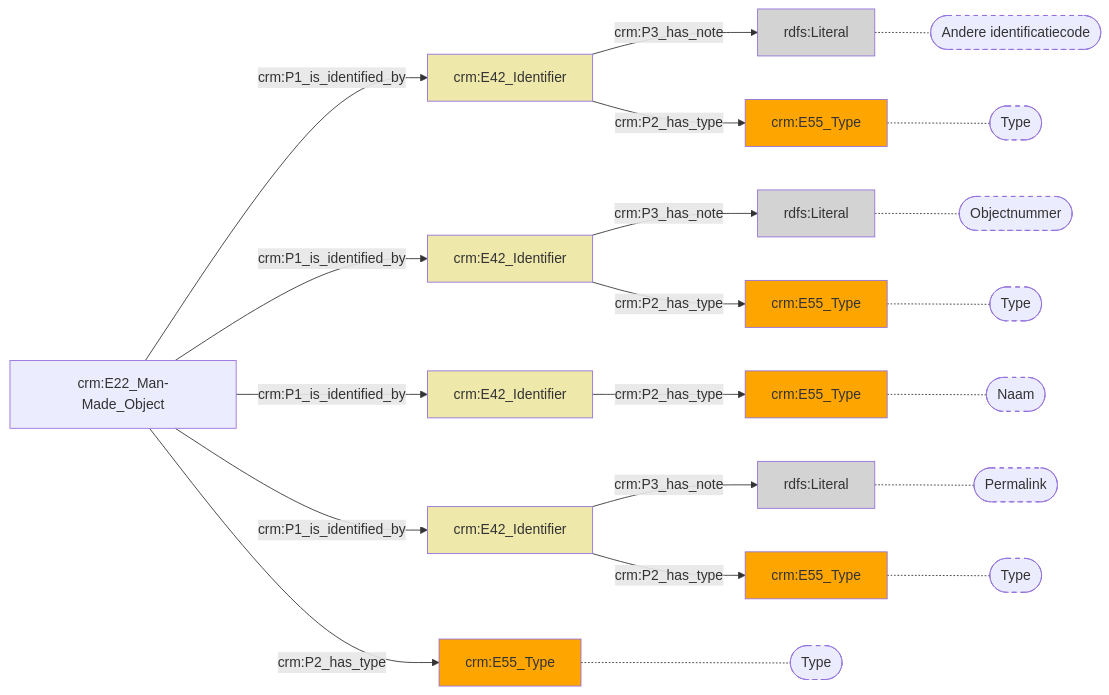
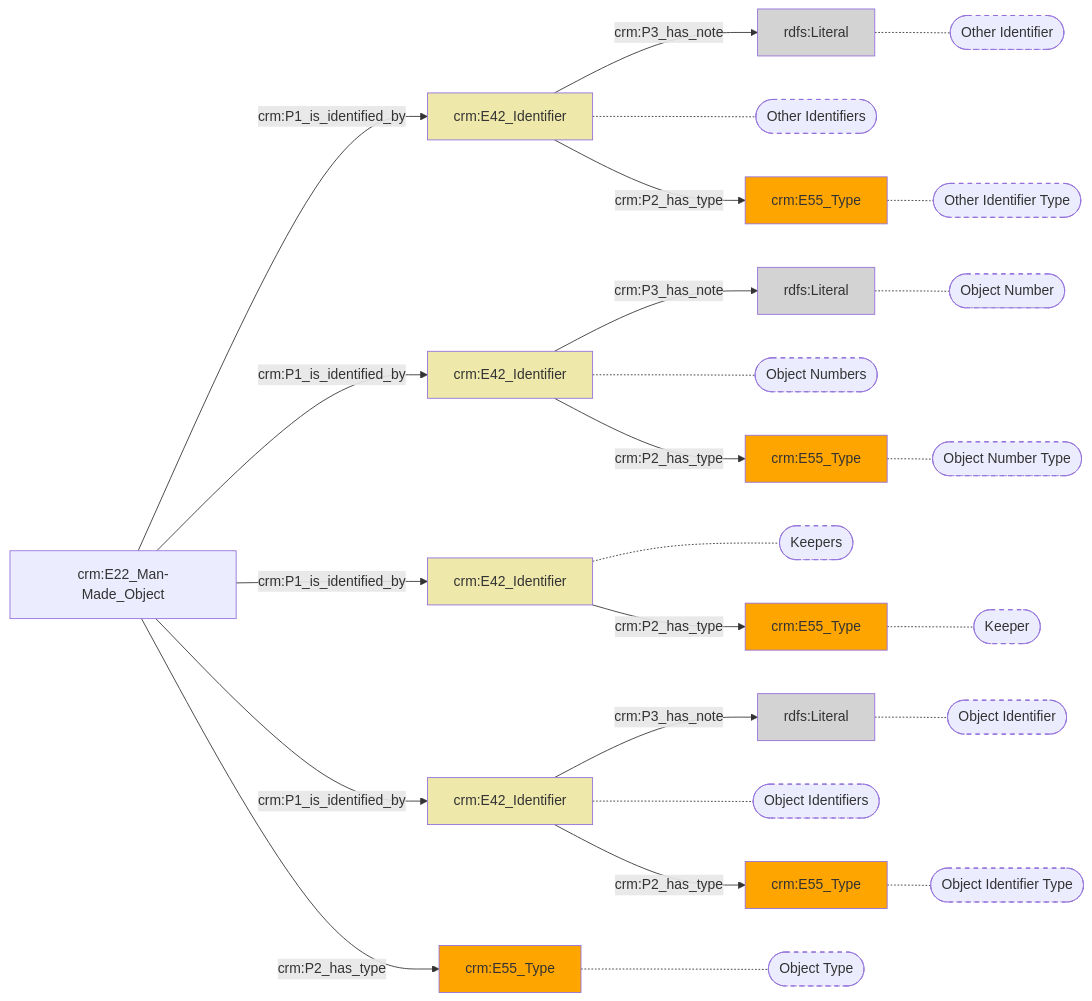
The diagram in docs/content/modellen/ArchiefItemMaterieel/Identificatie.md (digipolisantwerpdocumentation/antwerp-cultureel-erfgoed), drawn with Mermaid before and after one commit. The commit also changed 167 other files, not shown here.

````diff
--- a/docs/content/modellen/ArchiefItemMaterieel/Identificatie.md
+++ b/docs/content/modellen/ArchiefItemMaterieel/Identificatie.md
@@ -1,43 +1,51 @@
 ```mermaid
 graph LR
 d1dc33e0-a5fe-11ec-b19f-9cf387da2c40["crm:E42_Identifier"]-->|"crm:P3_has_note"|d1de206a-a5fe-11ec-b19f-9cf387da2c40(rdfs:Literal)
 d1dc4bdc-a5fe-11ec-b19f-9cf387da2c40["crm:E42_Identifier"]-->|"crm:P3_has_note"|d1ddc232-a5fe-11ec-b19f-9cf387da2c40(rdfs:Literal)
 d1dca05a-a5fe-11ec-b19f-9cf387da2c40["crm:E42_Identifier"]-->|"crm:P3_has_note"|d1de2e66-a5fe-11ec-b19f-9cf387da2c40(rdfs:Literal)
-d1de32bc-a5fe-11ec-b19f-9cf387da2c40["crm:E55_Type"]-.-d1de32bc-a5fe-11ec-b19f-9cf387da2c40_s(["Type"])
-d1de206a-a5fe-11ec-b19f-9cf387da2c40["rdfs:Literal"]-.-d1de206a-a5fe-11ec-b19f-9cf387da2c40_s(["Andere identificatiecode"])
-d1de1214-a5fe-11ec-b19f-9cf387da2c40["crm:E55_Type"]-.-d1de1214-a5fe-11ec-b19f-9cf387da2c40_s(["Type"])
-d1ddc232-a5fe-11ec-b19f-9cf387da2c40["rdfs:Literal"]-.-d1ddc232-a5fe-11ec-b19f-9cf387da2c40_s(["Objectnummer"])
-d1dd9000-a5fe-11ec-b19f-9cf387da2c40["crm:E55_Type"]-.-d1dd9000-a5fe-11ec-b19f-9cf387da2c40_s(["Naam"])
-d1de1ab6-a5fe-11ec-b19f-9cf387da2c40["crm:E55_Type"]-.-d1de1ab6-a5fe-11ec-b19f-9cf387da2c40_s(["Type"])
-d1de2e66-a5fe-11ec-b19f-9cf387da2c40["rdfs:Literal"]-.-d1de2e66-a5fe-11ec-b19f-9cf387da2c40_s(["Permalink"])
-d1dcb6c6-a5fe-11ec-b19f-9cf387da2c40["crm:E55_Type"]-.-d1dcb6c6-a5fe-11ec-b19f-9cf387da2c40_s(["Type"])
-style d1de32bc-a5fe-11ec-b19f-9cf387da2c40_s stroke-dasharray: 5
-style d1de206a-a5fe-11ec-b19f-9cf387da2c40_s stroke-dasharray: 5
-style d1de1214-a5fe-11ec-b19f-9cf387da2c40_s stroke-dasharray: 5
-style d1ddc232-a5fe-11ec-b19f-9cf387da2c40_s stroke-dasharray: 5
-style d1dd9000-a5fe-11ec-b19f-9cf387da2c40_s stroke-dasharray: 5
-style d1de1ab6-a5fe-11ec-b19f-9cf387da2c40_s stroke-dasharray: 5
-style d1de2e66-a5fe-11ec-b19f-9cf387da2c40_s stroke-dasharray: 5
-style d1dcb6c6-a5fe-11ec-b19f-9cf387da2c40_s stroke-dasharray: 5
+d1de32bc-a5fe-11ec-b19f-9cf387da2c40["crm:E55_Type"]-.-d1de32bc-a5fe-11ec-b19f-9cf387da2c40_s(["Other Identifier Type"])
+d1de206a-a5fe-11ec-b19f-9cf387da2c40["rdfs:Literal"]-.-d1de206a-a5fe-11ec-b19f-9cf387da2c40_s(["Other Identifier"])
+d1de1214-a5fe-11ec-b19f-9cf387da2c40["crm:E55_Type"]-.-d1de1214-a5fe-11ec-b19f-9cf387da2c40_s(["Object Number Type"])
+d1ddc232-a5fe-11ec-b19f-9cf387da2c40["rdfs:Literal"]-.-d1ddc232-a5fe-11ec-b19f-9cf387da2c40_s(["Object Number"])
+d1dd9000-a5fe-11ec-b19f-9cf387da2c40["crm:E55_Type"]-.-d1dd9000-a5fe-11ec-b19f-9cf387da2c40_s(["Keeper"])
+d1de1ab6-a5fe-11ec-b19f-9cf387da2c40["crm:E55_Type"]-.-d1de1ab6-a5fe-11ec-b19f-9cf387da2c40_s(["Object Identifier Type"])
+d1de2e66-a5fe-11ec-b19f-9cf387da2c40["rdfs:Literal"]-.-d1de2e66-a5fe-11ec-b19f-9cf387da2c40_s(["Object Identifier"])
+d1dc33e0-a5fe-11ec-b19f-9cf387da2c40["crm:E42_Identifier"]-.-d1dc33e0-a5fe-11ec-b19f-9cf387da2c40_s(["Other Identifiers"])
+d1dc4bdc-a5fe-11ec-b19f-9cf387da2c40["crm:E42_Identifier"]-.-d1dc4bdc-a5fe-11ec-b19f-9cf387da2c40_s(["Object Numbers"])
+d1dc8570-a5fe-11ec-b19f-9cf387da2c40["crm:E42_Identifier"]-.-d1dc8570-a5fe-11ec-b19f-9cf387da2c40_s(["Keepers"])
+d1dca05a-a5fe-11ec-b19f-9cf387da2c40["crm:E42_Identifier"]-.-d1dca05a-a5fe-11ec-b19f-9cf387da2c40_s(["Object Identifiers"])
+d1dcb6c6-a5fe-11ec-b19f-9cf387da2c40["crm:E55_Type"]-.-d1dcb6c6-a5fe-11ec-b19f-9cf387da2c40_s(["Object Type"])
 d1dc33e0-a5fe-11ec-b19f-9cf387da2c40["crm:E42_Identifier"]-->|"crm:P2_has_type"|d1de32bc-a5fe-11ec-b19f-9cf387da2c40["crm:E55_Type"]
 d1dc4bdc-a5fe-11ec-b19f-9cf387da2c40["crm:E42_Identifier"]-->|"crm:P2_has_type"|d1de1214-a5fe-11ec-b19f-9cf387da2c40["crm:E55_Type"]
 d1dc8570-a5fe-11ec-b19f-9cf387da2c40["crm:E42_Identifier"]-->|"crm:P2_has_type"|d1dd9000-a5fe-11ec-b19f-9cf387da2c40["crm:E55_Type"]
 d1dca05a-a5fe-11ec-b19f-9cf387da2c40["crm:E42_Identifier"]-->|"crm:P2_has_type"|d1de1ab6-a5fe-11ec-b19f-9cf387da2c40["crm:E55_Type"]
 d1dd96e0-a5fe-11ec-b19f-9cf387da2c40["crm:E22_Man-Made_Object"]-->|"crm:P1_is_identified_by"|d1dc33e0-a5fe-11ec-b19f-9cf387da2c40["crm:E42_Identifier"]
 d1dd96e0-a5fe-11ec-b19f-9cf387da2c40["crm:E22_Man-Made_Object"]-->|"crm:P1_is_identified_by"|d1dc4bdc-a5fe-11ec-b19f-9cf387da2c40["crm:E42_Identifier"]
 d1dd96e0-a5fe-11ec-b19f-9cf387da2c40["crm:E22_Man-Made_Object"]-->|"crm:P1_is_identified_by"|d1dc8570-a5fe-11ec-b19f-9cf387da2c40["crm:E42_Identifier"]
 d1dd96e0-a5fe-11ec-b19f-9cf387da2c40["crm:E22_Man-Made_Object"]-->|"crm:P1_is_identified_by"|d1dca05a-a5fe-11ec-b19f-9cf387da2c40["crm:E42_Identifier"]
 d1dd96e0-a5fe-11ec-b19f-9cf387da2c40["crm:E22_Man-Made_Object"]-->|"crm:P2_has_type"|d1dcb6c6-a5fe-11ec-b19f-9cf387da2c40["crm:E55_Type"]
 style d1dc33e0-a5fe-11ec-b19f-9cf387da2c40 fill:#EEE8AA
 style d1dc4bdc-a5fe-11ec-b19f-9cf387da2c40 fill:#EEE8AA
 style d1dc8570-a5fe-11ec-b19f-9cf387da2c40 fill:#EEE8AA
 style d1dca05a-a5fe-11ec-b19f-9cf387da2c40 fill:#EEE8AA
 style d1dcb6c6-a5fe-11ec-b19f-9cf387da2c40 fill:#ffa500
 style d1dd9000-a5fe-11ec-b19f-9cf387da2c40 fill:#ffa500
 style d1ddc232-a5fe-11ec-b19f-9cf387da2c40 fill:#D3D3D3
 style d1de1214-a5fe-11ec-b19f-9cf387da2c40 fill:#ffa500
 style d1de1ab6-a5fe-11ec-b19f-9cf387da2c40 fill:#ffa500
 style d1de206a-a5fe-11ec-b19f-9cf387da2c40 fill:#D3D3D3
 style d1de2e66-a5fe-11ec-b19f-9cf387da2c40 fill:#D3D3D3
 style d1de32bc-a5fe-11ec-b19f-9cf387da2c40 fill:#ffa500
+style d1de32bc-a5fe-11ec-b19f-9cf387da2c40_s stroke-dasharray: 5
+style d1de206a-a5fe-11ec-b19f-9cf387da2c40_s stroke-dasharray: 5
+style d1de1214-a5fe-11ec-b19f-9cf387da2c40_s stroke-dasharray: 5
+style d1ddc232-a5fe-11ec-b19f-9cf387da2c40_s stroke-dasharray: 5
+style d1dd9000-a5fe-11ec-b19f-9cf387da2c40_s stroke-dasharray: 5
+style d1de1ab6-a5fe-11ec-b19f-9cf387da2c40_s stroke-dasharray: 5
+style d1de2e66-a5fe-11ec-b19f-9cf387da2c40_s stroke-dasharray: 5
+style d1dc33e0-a5fe-11ec-b19f-9cf387da2c40_s stroke-dasharray: 5
+style d1dc4bdc-a5fe-11ec-b19f-9cf387da2c40_s stroke-dasharray: 5
+style d1dc8570-a5fe-11ec-b19f-9cf387da2c40_s stroke-dasharray: 5
+style d1dca05a-a5fe-11ec-b19f-9cf387da2c40_s stroke-dasharray: 5
+style d1dcb6c6-a5fe-11ec-b19f-9cf387da2c40_s stroke-dasharray: 5
 ```
````
